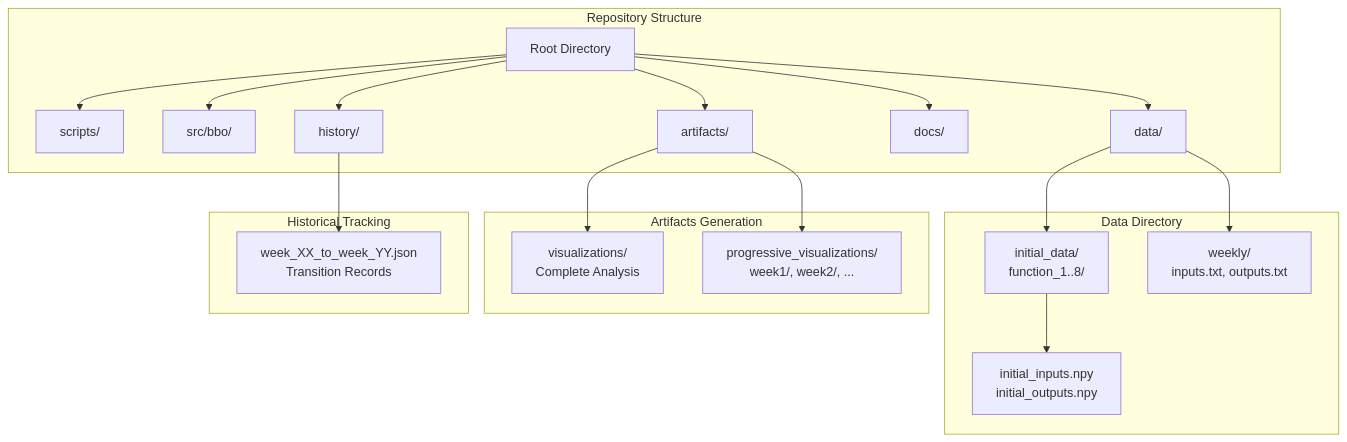
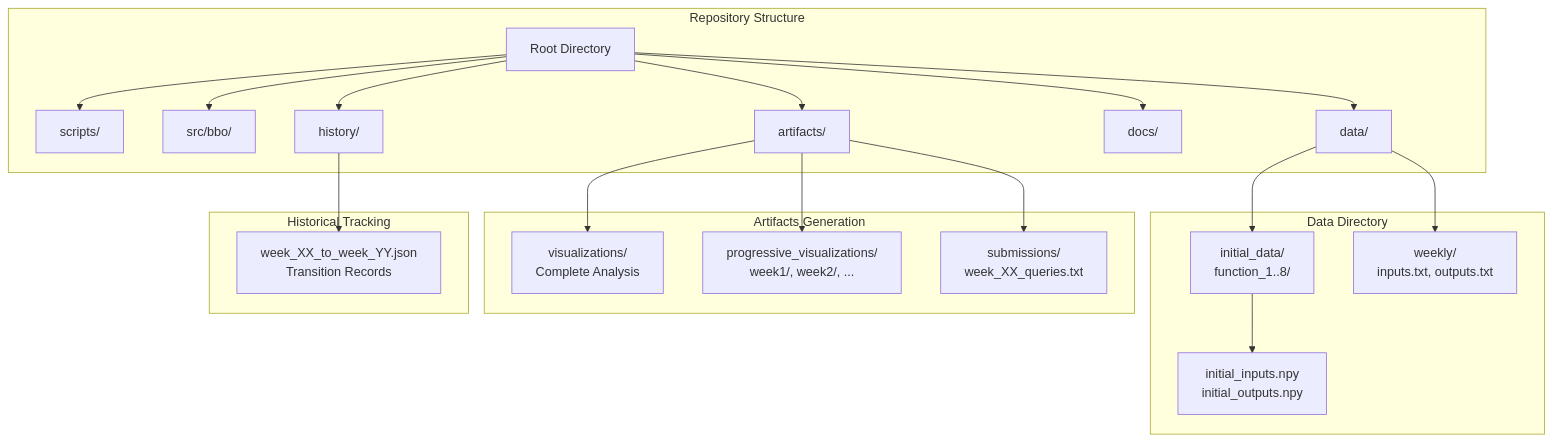
Before and after one commit to prasangasam/ml-ai-capstone-project: the fifth of 5 diagrams in docs/architecture.md, drawn with Mermaid. The commit also changed other lines of this file and 7 other files, not shown here.

````diff
--- a/docs/architecture.md
+++ b/docs/architecture.md
@@ -137,26 +143,27 @@
 ```mermaid
 graph TD
     subgraph "Repository Structure"
         A[Root Directory] --> B[scripts/]
         A --> C[src/bbo/]
         A --> D[data/]
         A --> E[artifacts/]
         A --> F[docs/]
         A --> G[history/]
     end
     
     subgraph "Data Directory"
         D --> H[initial_data/<br/>function_1..8/]
         D --> I[weekly/<br/>inputs.txt, outputs.txt]
         H --> J[initial_inputs.npy<br/>initial_outputs.npy]
     end
     
     subgraph "Artifacts Generation"
         E --> K[visualizations/<br/>Complete Analysis]
         E --> L[progressive_visualizations/<br/>week1/, week2/, ...]
+        E --> M[submissions/<br/>week_XX_queries.txt]
     end
     
     subgraph "Historical Tracking"
-        G --> M[week_XX_to_week_YY.json<br/>Transition Records]
+        G --> N[week_XX_to_week_YY.json<br/>Transition Records]
     end
 ```
````
